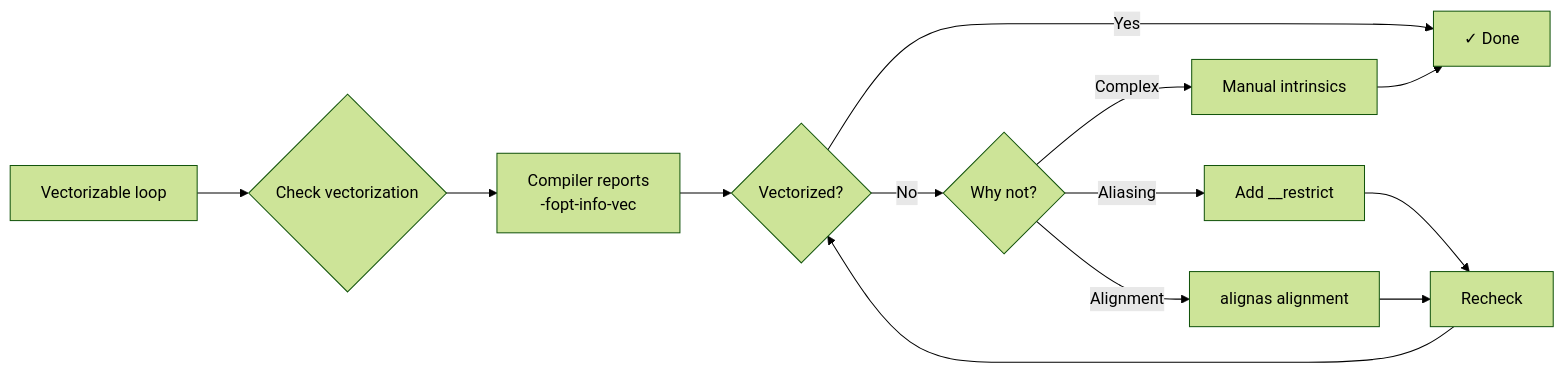
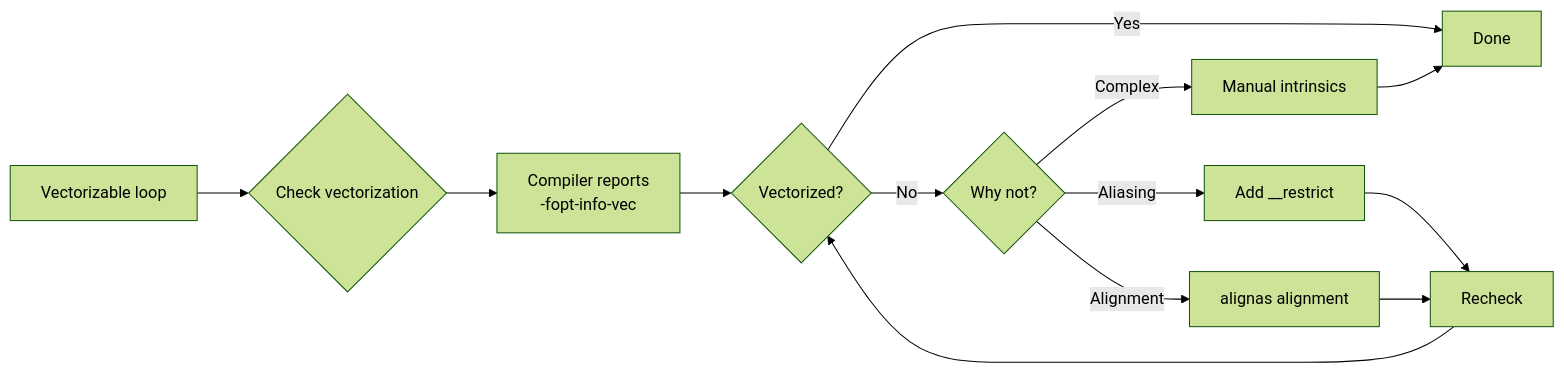
Before and after one commit to LessUp/cpp-high-performance-guide: the second of 5 diagrams in docs/en/guides/optimization-decision-tree.md, drawn with Mermaid (forest theme). The commit also changed other lines of this file and 21 other files, not shown here.

````diff
--- a/docs/en/guides/optimization-decision-tree.md
+++ b/docs/en/guides/optimization-decision-tree.md
@@ -122,15 +107,15 @@
 ```mermaid
 flowchart LR
-    A[Vectorizable loop] --> B{Check vectorization}
-    B --> C[Compiler reports<br/>-fopt-info-vec]
-    C --> D{Vectorized?}
-    D -->|Yes| E[✓ Done]
-    D -->|No| F{Why not?}
-    F -->|Aliasing| G[Add __restrict]
-    F -->|Alignment| H[alignas alignment]
-    F -->|Complex| I[Manual intrinsics]
-    G --> J[Recheck]
+    A[Vectorizable loop]:::start --> B{Check vectorization}:::decision
+    B --> C[Compiler reports<br/>-fopt-info-vec]:::action
+    C --> D{Vectorized?}:::decision
+    D -->|Yes| E[Done]:::complete
+    D -->|No| F{Why not?}:::decision
+    F -->|Aliasing| G[Add __restrict]:::action
+    F -->|Alignment| H[alignas alignment]:::action
+    F -->|Complex| I[Manual intrinsics]:::action
+    G --> J[Recheck]:::action
     H --> J
     I --> E
     J --> D
 ```
````
